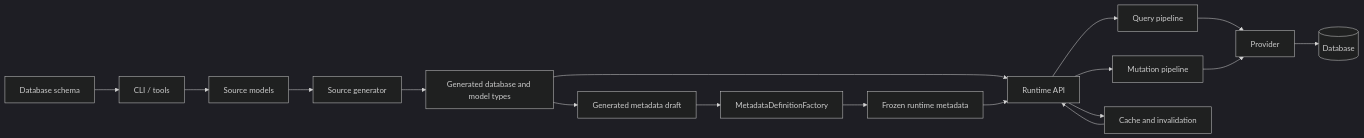
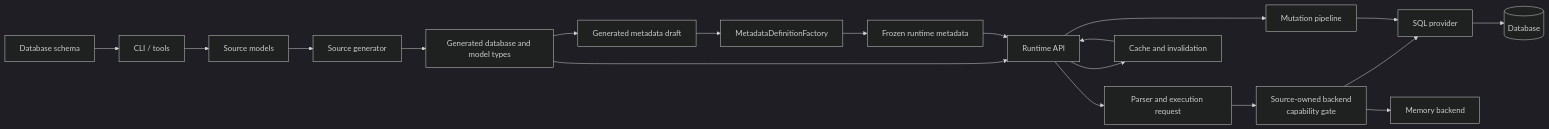
One commit to bazer/DataLinq changed the first of 10 diagrams in docs/internals/Data Flow.md. Above: the diagram before and after it, drawn with Mermaid (dark theme). The commit also changed other lines of this file and 32 other files, not shown here.

````diff
--- a/docs/internals/Data Flow.md
+++ b/docs/internals/Data Flow.md
@@ -7,22 +7,24 @@
 ```mermaid
 flowchart LR
     Models["Source models"] --> Generator["Source generator"]
     DatabaseSchema["Database schema"] --> CLI["CLI / tools"]
     CLI --> Models
 
     Generator --> Generated["Generated database and model types"]
     Generated --> Metadata["Generated metadata draft"]
     Metadata --> Factory["MetadataDefinitionFactory"]
     Factory --> Frozen["Frozen runtime metadata"]
 
     Generated --> Runtime["Runtime API"]
     Frozen --> Runtime
-    Runtime --> Query["Query pipeline"]
+    Runtime --> Query["Parser and execution request"]
     Runtime --> Mutation["Mutation pipeline"]
     Runtime --> Cache["Cache and invalidation"]
 
-    Query --> Provider["Provider"]
+    Query --> Backend["Source-owned backend<br/>capability gate"]
+    Backend --> Provider["SQL provider"]
+    Backend --> Memory["Memory backend"]
     Mutation --> Provider
     Provider --> Db[("Database")]
     Cache --> Runtime
 ```
````
